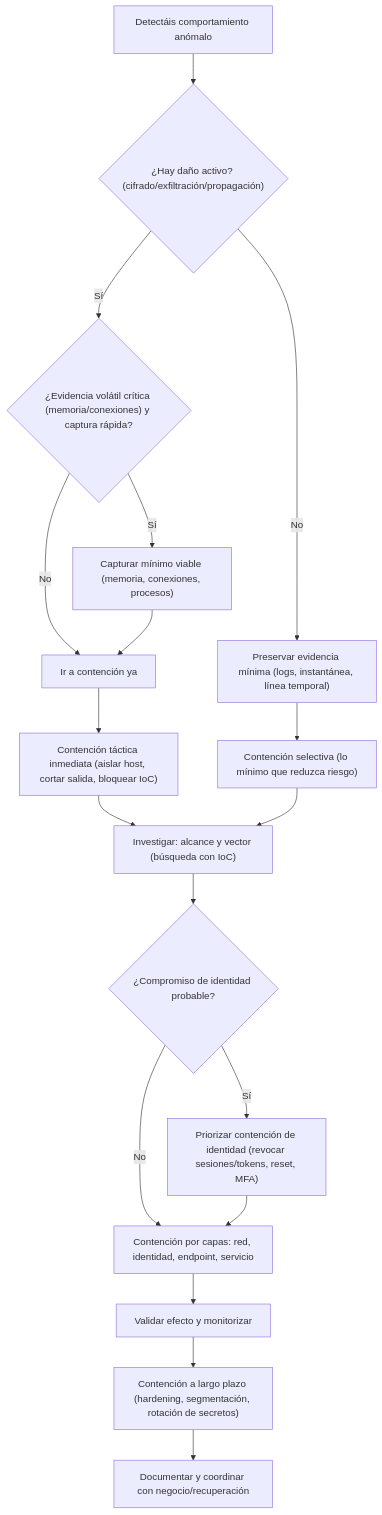
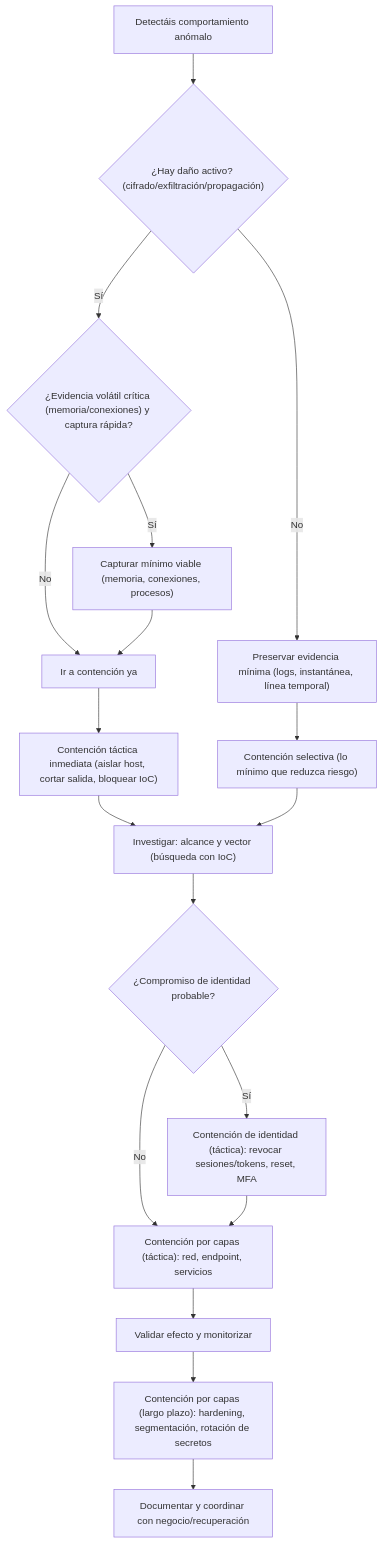
Before and after one commit to revilofe/revilofe.github.io: the first of 2 diagrams in docs/section2/u03/teoria/IS-U3.5.1.-Contencion.md, drawn with Mermaid. The commit also changed other lines of this file, not shown here.

Commit message:
IS U3 archivo IS-U3.5.1.-Contencion.md, se modifica documentación de contención de incidentes para mejorar la claridad del documento.

````diff
--- a/docs/section2/u03/teoria/IS-U3.5.1.-Contencion.md
+++ b/docs/section2/u03/teoria/IS-U3.5.1.-Contencion.md
@@ -134,26 +142,26 @@
 ```mermaid
 flowchart TD
 
     A["Detectáis comportamiento anómalo"] --> B{"¿Hay daño activo? (cifrado/exfiltración/propagación)"}
 
     B -->|Sí| C{"¿Evidencia volátil crítica (memoria/conexiones) y captura rápida?"}
     C -->|Sí| D["Capturar mínimo viable (memoria, conexiones, procesos)"]
     C -->|No| E["Ir a contención ya"]
     D --> E
     E --> F["Contención táctica inmediata (aislar host, cortar salida, bloquear IoC)"]
 
     B -->|No| G["Preservar evidencia mínima (logs, instantánea, línea temporal)"]
     G --> H["Contención selectiva (lo mínimo que reduzca riesgo)"]
 
     F --> I["Investigar: alcance y vector (búsqueda con IoC)"]
     H --> I
 
     I --> J{"¿Compromiso de identidad probable?"}
-    J -->|Sí| K["Priorizar contención de identidad (revocar sesiones/tokens, reset, MFA)"]
-    J -->|No| L["Contención por capas: red, identidad, endpoint, servicio"]
+    J -->|Sí| K["Contención de identidad (táctica): revocar sesiones/tokens, reset, MFA"]
+    J -->|No| L["Contención por capas (táctica): red, endpoint, servicios"]
     K --> L
 
     L --> M["Validar efecto y monitorizar"]
-    M --> N["Contención a largo plazo (hardening, segmentación, rotación de secretos)"]
+    M --> N["Contención por capas (largo plazo): hardening, segmentación, rotación de secretos"]
     N --> O["Documentar y coordinar con negocio/recuperación"]
 ```
````
